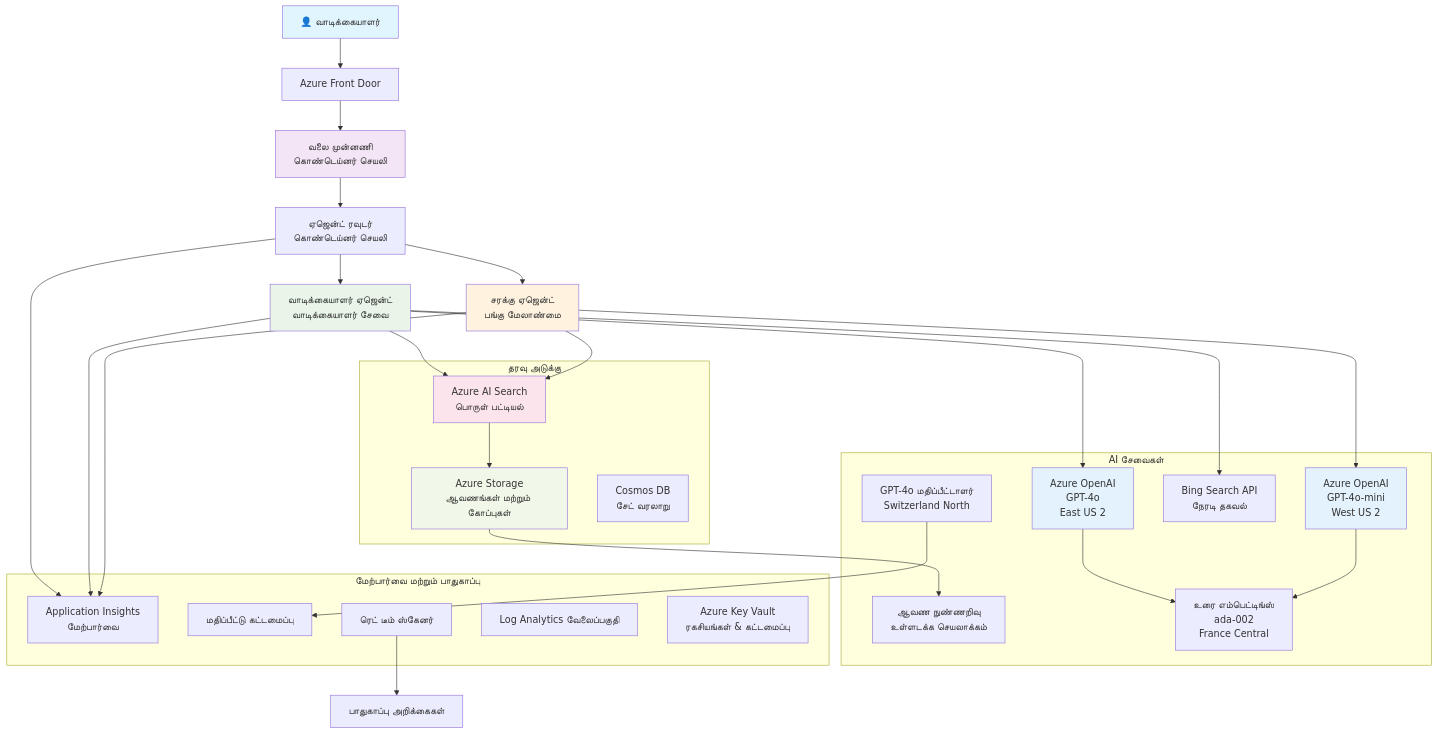
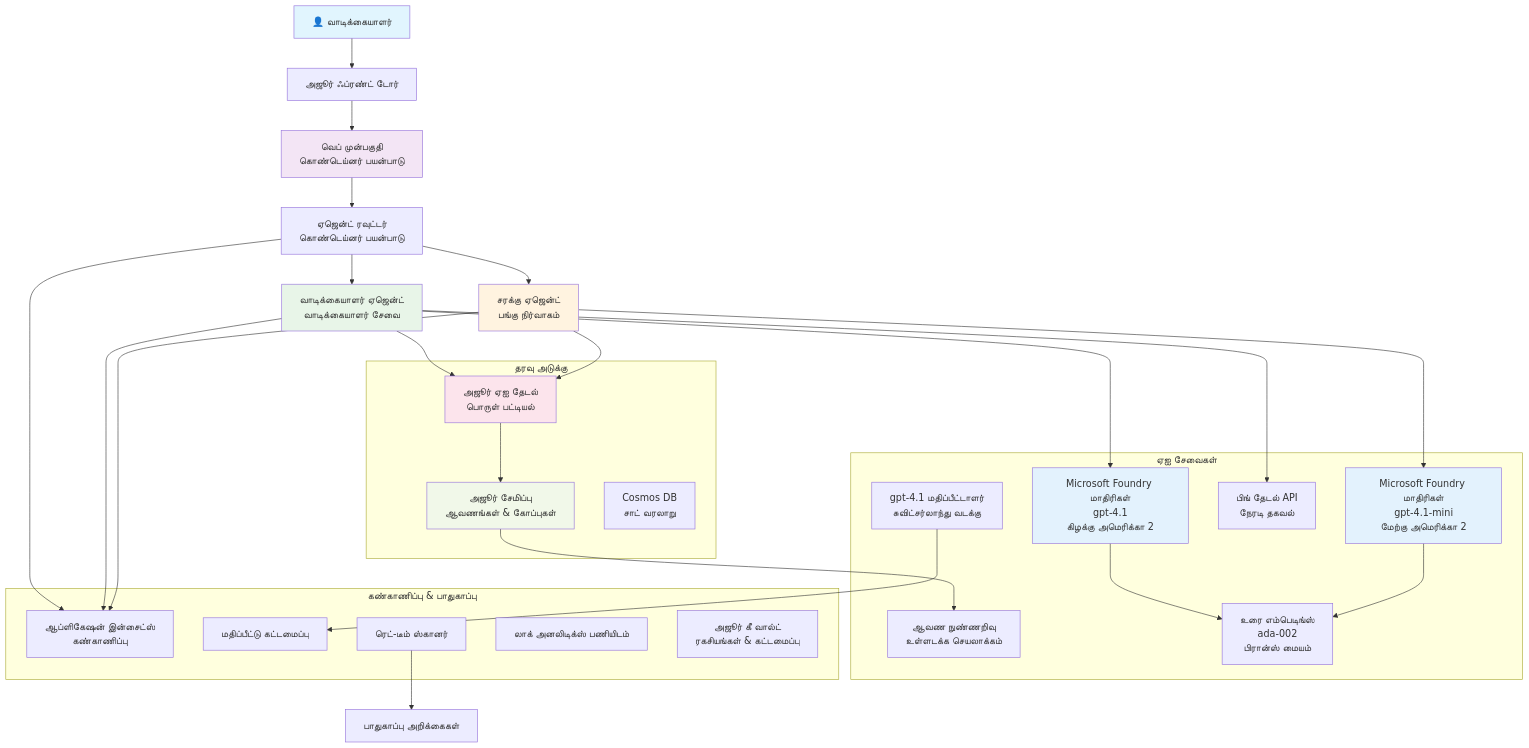
Before and after one commit to microsoft/AZD-for-beginners: the diagram in translations/ta/examples/retail-scenario.md, drawn with Mermaid. The commit also changed other lines of this file and 101 other files, not shown here.

````diff
--- a/translations/ta/examples/retail-scenario.md
+++ b/translations/ta/examples/retail-scenario.md
@@ -139,61 +139,61 @@
 ```mermaid
 graph TB
-    User[👤 வாடிக்கையாளர்] --> LB[Azure Front Door]
-    LB --> WebApp[வலை முன்னணி<br/>கொண்டெய்னர் செயலி]
+    User[👤 வாடிக்கையாளர்] --> LB[அஜூர் ஃப்ரண்ட் டோர்]
+    LB --> WebApp[வெப் முன்பகுதி<br/>கொண்டெய்னர் பயன்பாடு]
     
-    WebApp --> Router[ஏஜென்ட் ரவுடர்<br/>கொண்டெய்னர் செயலி]
+    WebApp --> Router[ஏஜென்ட் ரவுட்டர்<br/>கொண்டெய்னர் பயன்பாடு]
     Router --> CustomerAgent[வாடிக்கையாளர் ஏஜென்ட்<br/>வாடிக்கையாளர் சேவை]
-    Router --> InvAgent[சரக்கு ஏஜென்ட்<br/>பங்கு மேலாண்மை]
+    Router --> InvAgent[சரக்கு ஏஜென்ட்<br/>பங்கு நிர்வாகம்]
     
-    CustomerAgent --> OpenAI1[Azure OpenAI<br/>GPT-4o<br/>East US 2]
-    InvAgent --> OpenAI2[Azure OpenAI<br/>GPT-4o-mini<br/>West US 2]
+    CustomerAgent --> OpenAI1[Microsoft Foundry மாதிரிகள்<br/>gpt-4.1<br/>கிழக்கு அமெரிக்கா 2]
+    InvAgent --> OpenAI2[Microsoft Foundry மாதிரிகள்<br/>gpt-4.1-mini<br/>மேற்கு அமெரிக்கா 2]
     
-    CustomerAgent --> AISearch[Azure AI Search<br/>பொருள் பட்டியல்]
-    CustomerAgent --> BingSearch[Bing Search API<br/>நேரடி தகவல்]
+    CustomerAgent --> AISearch[அஜூர் ஏஐ தேடல்<br/>பொருள் பட்டியல்]
+    CustomerAgent --> BingSearch[பிங் தேடல் API<br/>நேரடி தகவல்]
     InvAgent --> AISearch
     
-    AISearch --> Storage[Azure Storage<br/>ஆவணங்கள் மற்றும் கோப்புகள்]
+    AISearch --> Storage[அஜூர் சேமிப்பு<br/>ஆவணங்கள் & கோப்புகள்]
     Storage --> DocIntel[ஆவண நுண்ணறிவு<br/>உள்ளடக்க செயலாக்கம்]
     
-    OpenAI1 --> Embeddings[உரை எம்பெட்டிங்ஸ்<br/>ada-002<br/>France Central]
+    OpenAI1 --> Embeddings[உரை எம்பெடிங்ஸ்<br/>ada-002<br/>பிரான்ஸ் மையம்]
     OpenAI2 --> Embeddings
     
-    Router --> AppInsights[Application Insights<br/>மேற்பார்வை]
+    Router --> AppInsights[ஆப்ளிகேஷன் இன்சைட்ஸ்<br/>கண்காணிப்பு]
     CustomerAgent --> AppInsights
     InvAgent --> AppInsights
     
-    GraderModel[GPT-4o மதிப்பீட்டாளர்<br/>Switzerland North] --> Evaluation[மதிப்பீட்டு கட்டமைப்பு]
-    RedTeam[ரெட் டீம் ஸ்கேனர்] --> SecurityReports[பாதுகாப்பு அறிக்கைகள்]
+    GraderModel[gpt-4.1 மதிப்பீட்டாளர்<br/>சுவிட்சர்லாந்து வடக்கு] --> Evaluation[மதிப்பீட்டு கட்டமைப்பு]
+    RedTeam[ரெட்-டீம் ஸ்கானர்] --> SecurityReports[பாதுகாப்பு அறிக்கைகள்]
     
     subgraph "தரவு அடுக்கு"
         Storage
         AISearch
-        CosmosDB[Cosmos DB<br/>சேட் வரலாறு]
+        CosmosDB[Cosmos DB<br/>சாட் வரலாறு]
     end
     
-    subgraph "AI சேவைகள்"
+    subgraph "ஏஐ சேவைகள்"
         OpenAI1
         OpenAI2
         Embeddings
         GraderModel
         DocIntel
         BingSearch
     end
     
-    subgraph "மேற்பார்வை மற்றும் பாதுகாப்பு"
+    subgraph "கண்காணிப்பு & பாதுகாப்பு"
         AppInsights
-        LogAnalytics[Log Analytics வேலைப்பகுதி]
-        KeyVault[Azure Key Vault<br/>ரகசியங்கள் & கட்டமைப்பு]
+        LogAnalytics[லாக் அனலிடிக்ஸ் பணியிடம்]
+        KeyVault[அஜூர் கீ வால்ட்<br/>ரகசியங்கள் & கட்டமைப்பு]
         RedTeam
         Evaluation
     end
     
     style User fill:#e1f5fe
     style WebApp fill:#f3e5f5
     style CustomerAgent fill:#e8f5e8
     style InvAgent fill:#fff3e0
     style OpenAI1 fill:#e3f2fd
     style OpenAI2 fill:#e3f2fd
     style AISearch fill:#fce4ec
     style Storage fill:#f1f8e9
 ```
````
